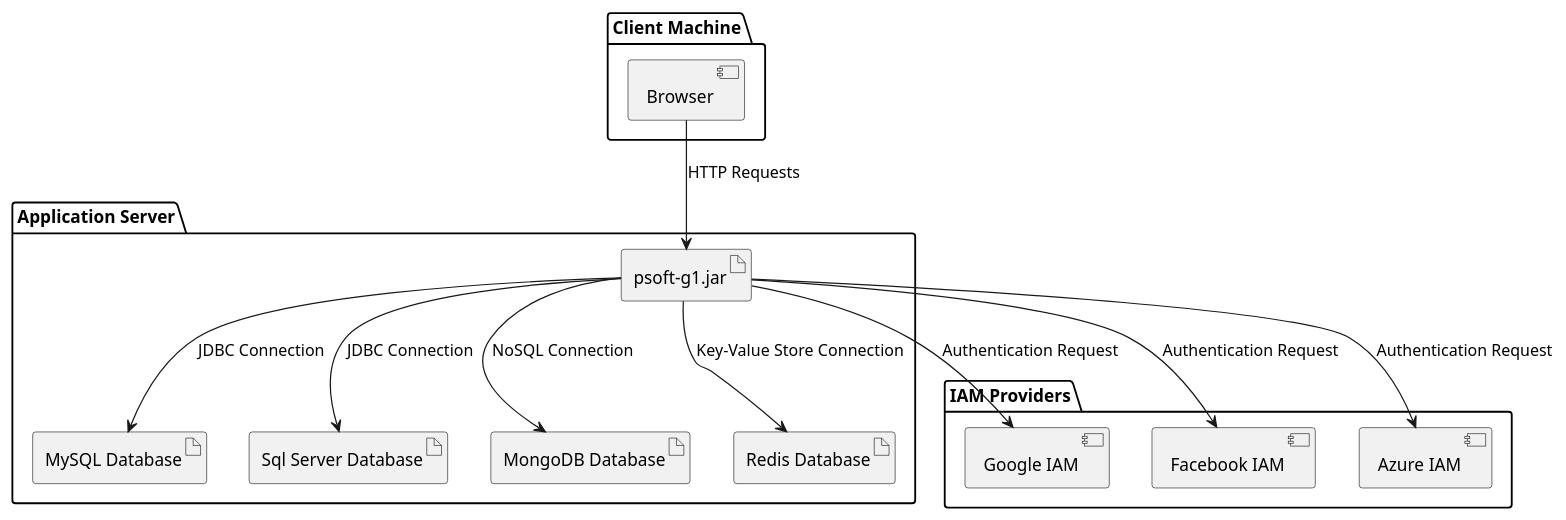
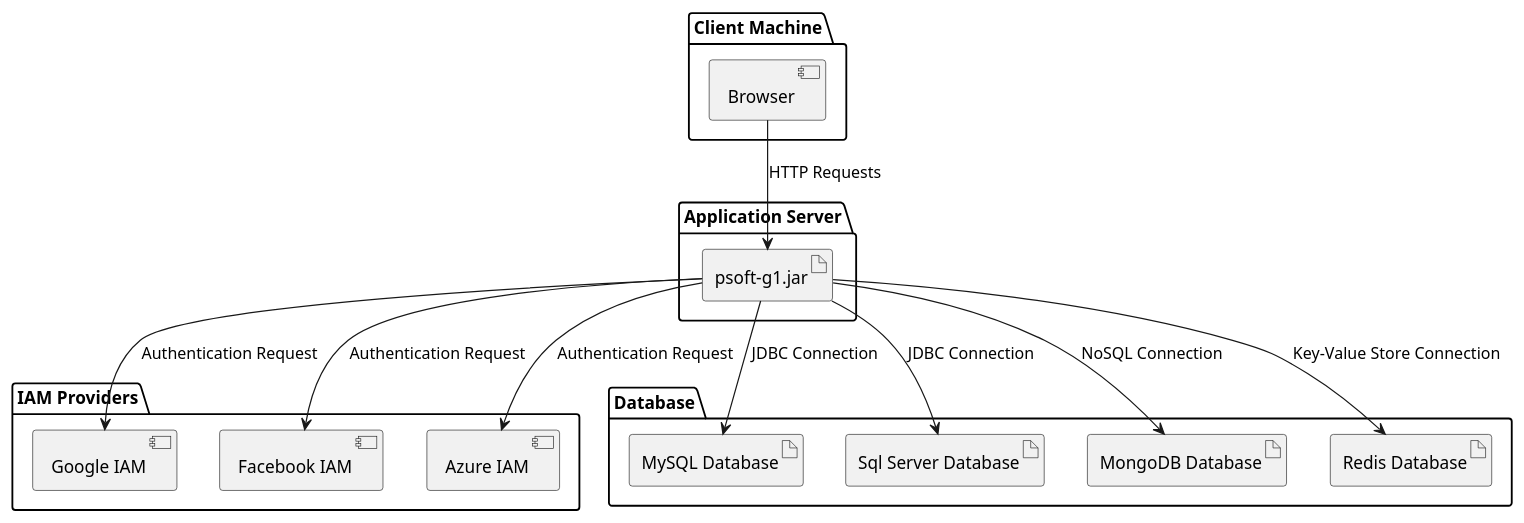
The diagram in psoft-project-2024-g1/Docs/Geral/ImplementationDiagram.puml (GuilhermeCunha79/LMS_MicroserviceArchitecture), drawn with PlantUML before and after one commit.

Commit message:
Update Implementation Diagram documentation

```diff
--- a/psoft-project-2024-g1/Docs/Geral/ImplementationDiagram.puml
+++ b/psoft-project-2024-g1/Docs/Geral/ImplementationDiagram.puml
@@ -1,30 +1,33 @@
 @startuml
 
 package "Client Machine" {
   [Browser]
 }
 
 package "Application Server" {
   artifact "psoft-g1.jar" as app
-  artifact "MySQL Database" as mysql
-  artifact "Sql Server Database" as sqlserver
-  artifact "MongoDB Database" as mongodb
-  artifact "Redis Database" as redis
 }
 
 package "IAM Providers" {
   [Google IAM]
   [Facebook IAM]
   [Azure IAM]
+}
+
+package "Database" {
+  artifact "MySQL Database" as mysql
+  artifact "Sql Server Database" as sqlserver
+  artifact "MongoDB Database" as mongodb
+  artifact "Redis Database" as redis
 }
 
 Browser --> app: HTTP Requests
 app --> mysql: JDBC Connection
 app --> sqlserver: JDBC Connection
 app --> mongodb: NoSQL Connection
 app --> redis: Key-Value Store Connection
 app --> [Google IAM]: Authentication Request
 app --> [Facebook IAM]: Authentication Request
 app --> [Azure IAM]: Authentication Request
 
 @enduml
```
